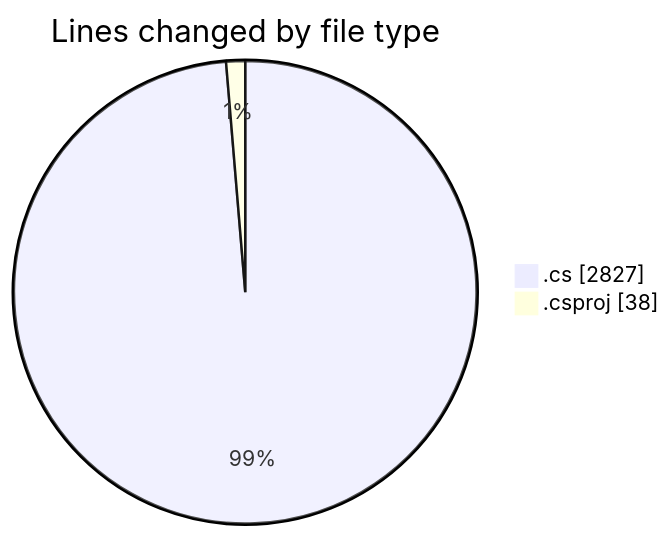
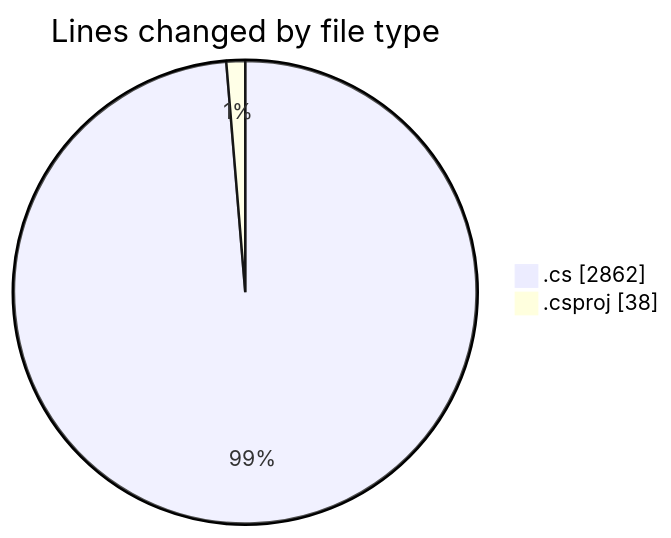
One commit to Netris89/code-tracking changed the first of 2 diagrams in 2025-04-02/back-end/README.md. Above: the diagram before and after it, drawn with Mermaid. The commit also changed other lines of this file and 1 other file, not shown here.

````diff
--- a/2025-04-02/back-end/README.md
+++ b/2025-04-02/back-end/README.md
@@ -32,6 +32,6 @@
 ```mermaid
 pie showData
 title Lines changed by file type
-".cs" : 2827
+".cs" : 2862
 ".csproj" : 38
 ```
````
